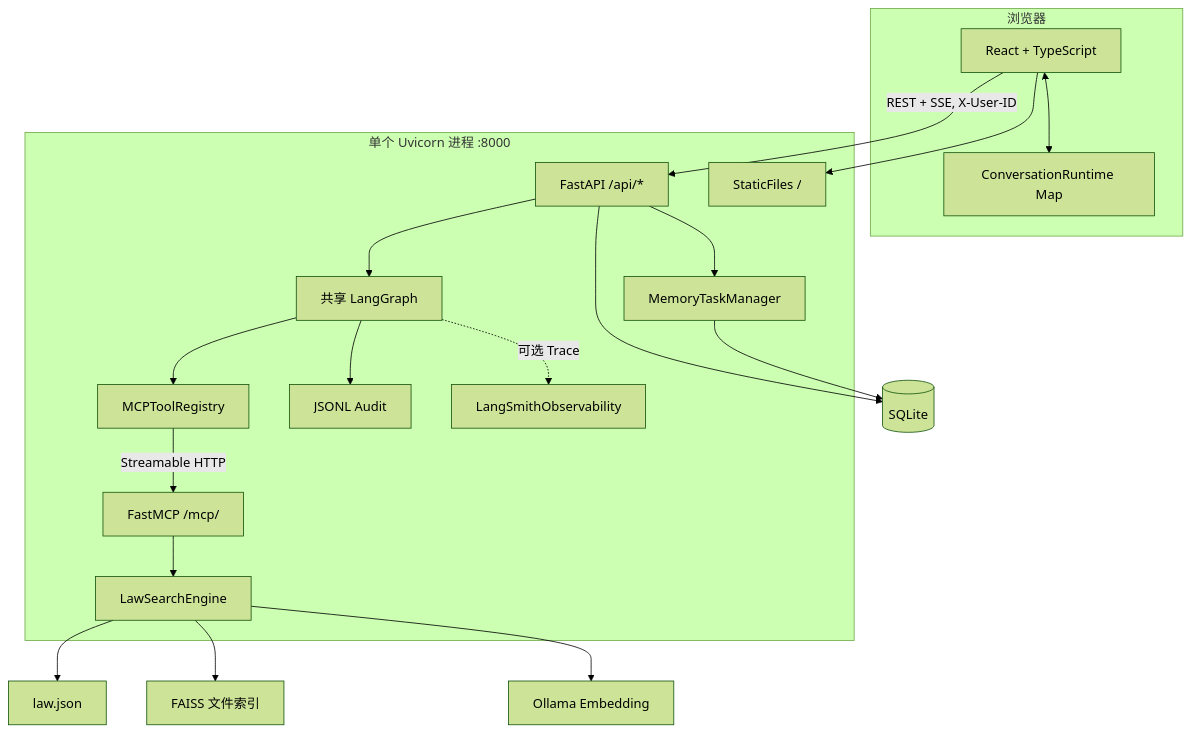
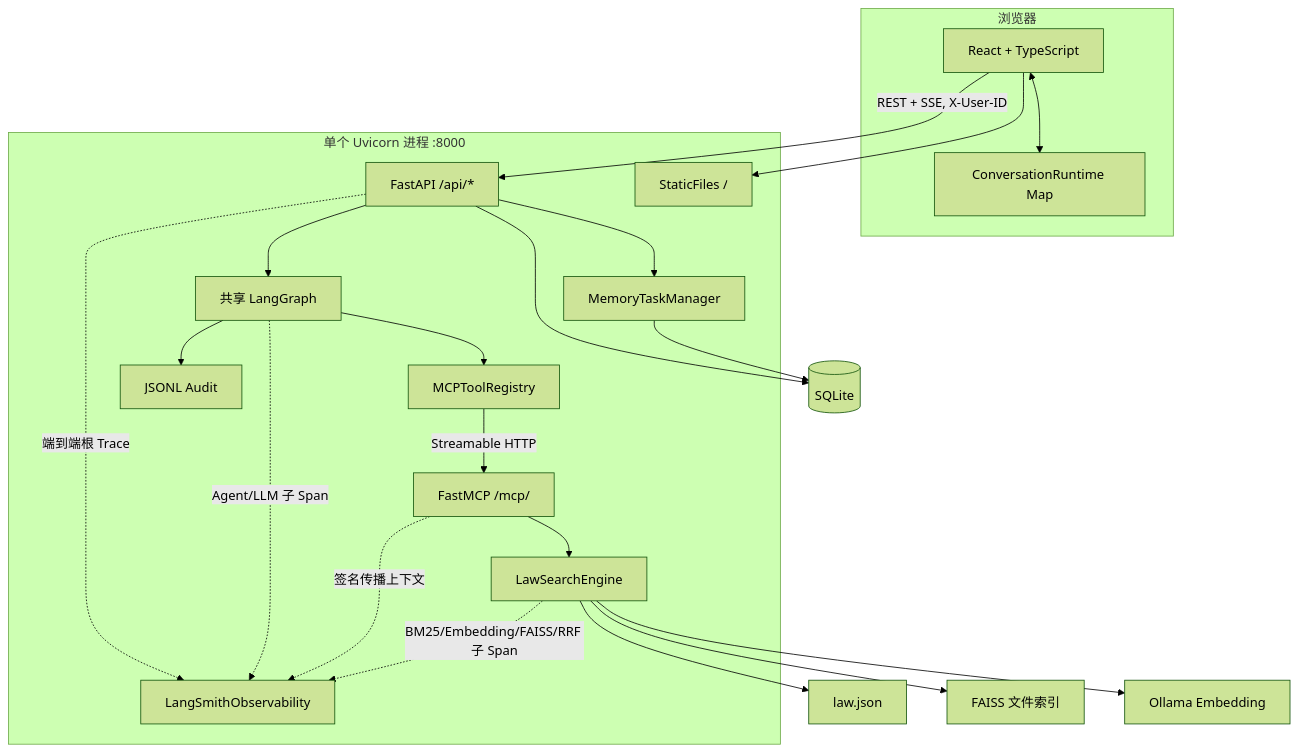
The first of 2 diagrams in resume/architecture.md (Vinn7/LawStation), drawn with Mermaid (forest theme) before and after one commit. The commit also changed other lines of this file and 28 other files, not shown here.

````diff
--- a/resume/architecture.md
+++ b/resume/architecture.md
@@ -19,35 +19,38 @@
 ```mermaid
 flowchart TB
     subgraph Browser["浏览器"]
         UI["React + TypeScript"]
         CACHE["ConversationRuntime Map"]
         UI <--> CACHE
     end
 
     subgraph Process["单个 Uvicorn 进程 :8000"]
         API["FastAPI /api/*"]
         STATIC["StaticFiles /"]
         MCP["FastMCP /mcp/"]
         GRAPH["共享 LangGraph"]
         REGISTRY["MCPToolRegistry"]
         MEMORY["MemoryTaskManager"]
         RAG["LawSearchEngine"]
         AUDIT["JSONL Audit"]
         OBS["LangSmithObservability"]
     end
 
     UI -->|"REST + SSE, X-User-ID"| API
     UI --> STATIC
     API --> GRAPH
     GRAPH --> REGISTRY
     REGISTRY -->|"Streamable HTTP"| MCP
     MCP --> RAG
     API --> MEMORY
     API --> DB[("SQLite")]
     MEMORY --> DB
     GRAPH --> AUDIT
-    GRAPH -. "可选 Trace" .-> OBS
+    API -. "端到端根 Trace" .-> OBS
+    GRAPH -. "Agent/LLM 子 Span" .-> OBS
+    MCP -. "签名传播上下文" .-> OBS
+    RAG -. "BM25/Embedding/FAISS/RRF 子 Span" .-> OBS
     RAG --> LAW["law.json"]
     RAG --> INDEX["FAISS 文件索引"]
     RAG --> OLLAMA["Ollama Embedding"]
 ```
````
